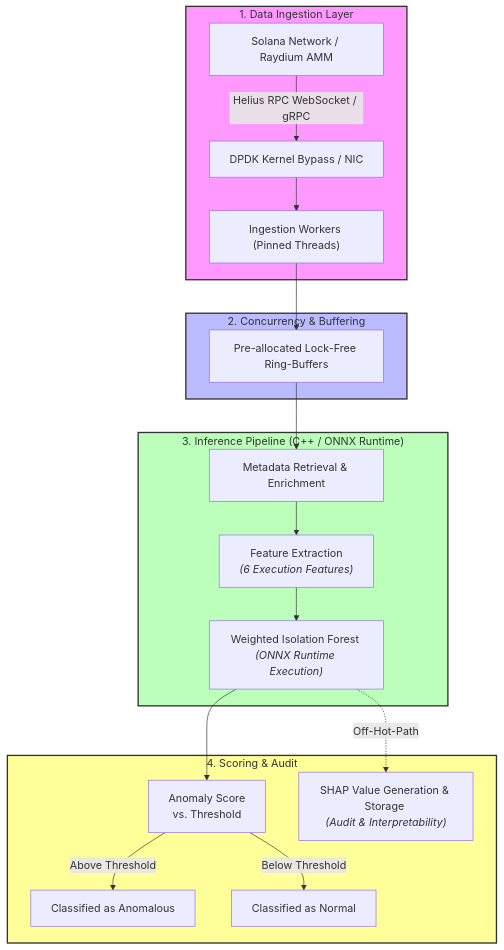
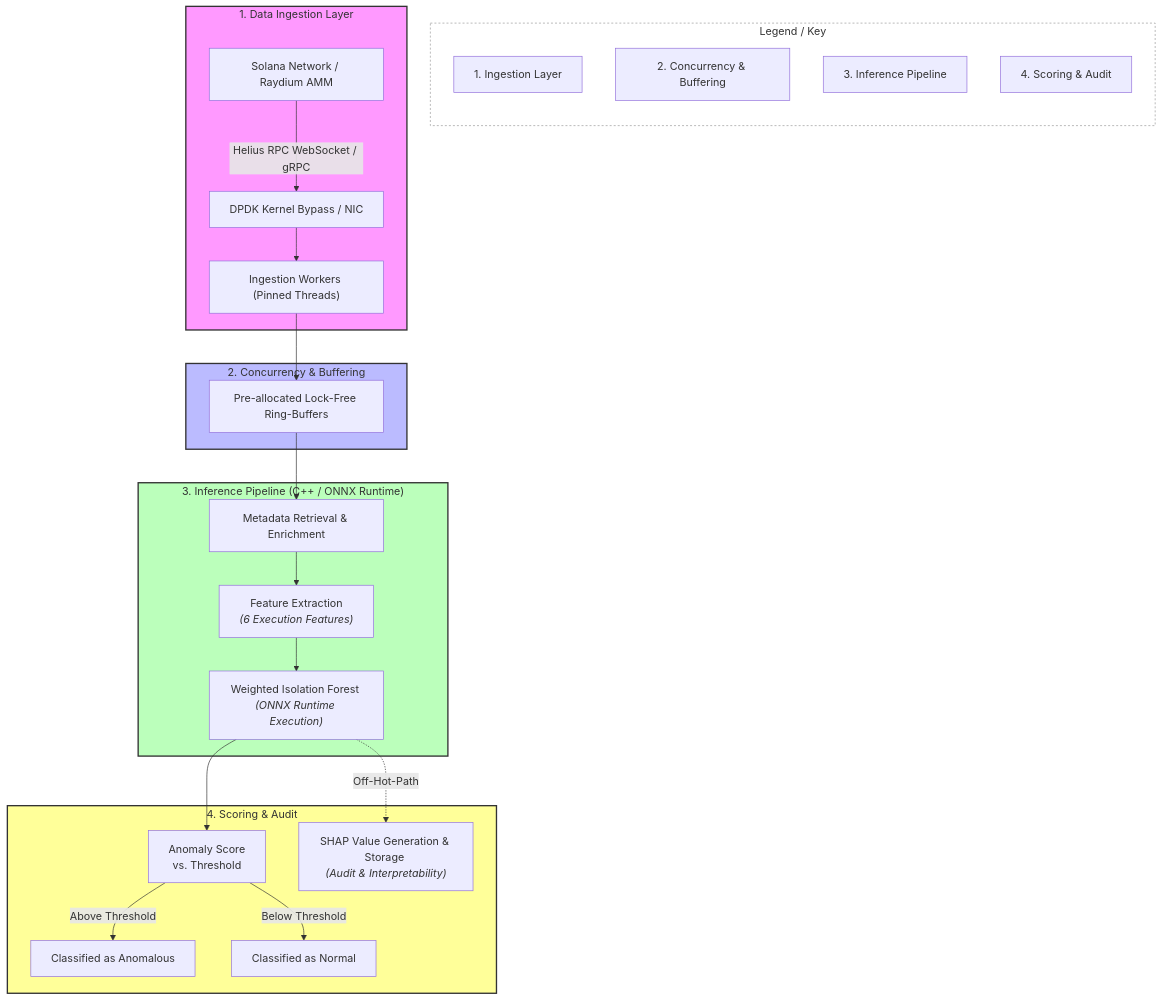
Before and after one commit to MilanSuri/CSC561Final: the diagram in README.md, drawn with Mermaid.

Commit message:
Enhance README with architecture diagram and key
Updated the README to include an architecture diagram and a legend for clarity.

````diff
--- a/README.md
+++ b/README.md
@@ -25,36 +25,41 @@
 ```mermaid
 graph TD
-    %% Data Ingestion Layer
+    subgraph Key ["Legend / Key"]
+        direction TB
+        K1["1. Ingestion Layer"]
+        K2["2. Concurrency & Buffering"]
+        K3["3. Inference Pipeline"]
+        K4["4. Scoring & Audit"]
+    end
+
     subgraph Ingestion ["1. Data Ingestion Layer"]
         A[Solana Network / Raydium AMM] -->|Helius RPC WebSocket / gRPC| B[DPDK Kernel Bypass / NIC]
         B --> C["Ingestion Workers (Pinned Threads)"]
     end
 
-    %% Memory & Queuing Layer
     subgraph Queue ["2. Concurrency & Buffering"]
         C --> D[Pre-allocated Lock-Free Ring-Buffers]
     end
 
-    %% Inference Engine Layer
     subgraph Inference ["3. Inference Pipeline (C++ / ONNX Runtime)"]
         D --> E[Metadata Retrieval & Enrichment]
         E --> F["Feature Extraction <br/><i>(6 Execution Features)</i>"]
         F --> G["Weighted Isolation Forest <br/><i>(ONNX Runtime Execution)</i>"]
     end
 
-    %% Decision & Audit Layer
     subgraph Output ["4. Scoring & Audit"]
         G --> H["Anomaly Score <br/>vs. Threshold"]
         H -->|Above Threshold| I[Classified as Anomalous]
         H -->|Below Threshold| J[Classified as Normal]
         
         %% Off-path audit
         G -.->|Off-Hot-Path| K["SHAP Value Generation & Storage <br/><i>(Audit & Interpretability)</i>"]
     end
 
     %% Styling
+    style Key fill:#ffffff,stroke:#999,stroke-width:1px,stroke-dasharray: 3 3
     style Ingestion fill:#f9f,stroke:#333,stroke-width:2px
     style Queue fill:#bbf,stroke:#333,stroke-width:2px
     style Inference fill:#bfb,stroke:#333,stroke-width:2px
     style Output fill:#ff9,stroke:#333,stroke-width:2px
 ```
````
